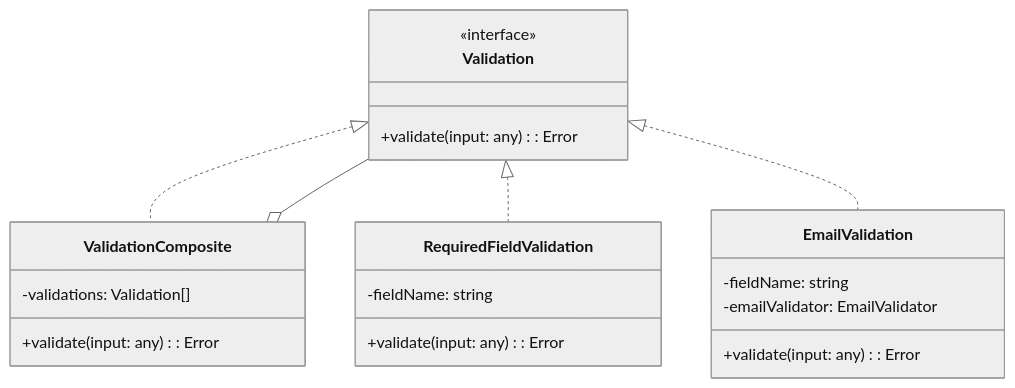
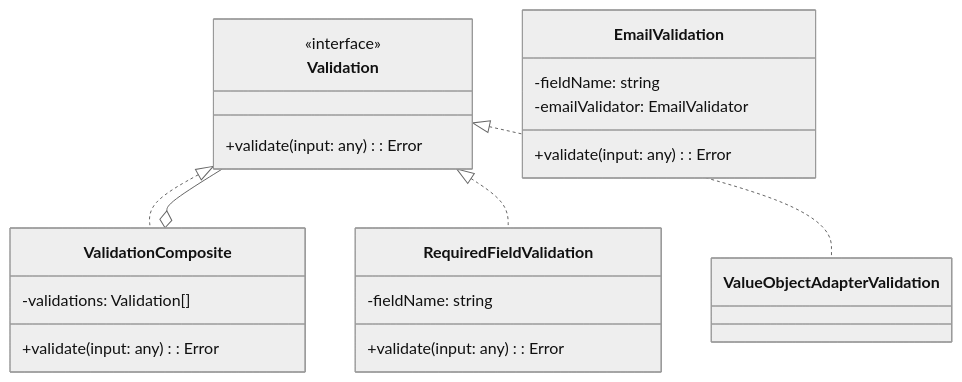
Before and after one commit to leoCardosoDev/biblioteca_falero_fullstack: the diagram in docs/adr/004_validation_strategy.md, drawn with Mermaid (neutral theme). The commit also changed other lines of this file and 28 other files, not shown here.

````diff
--- a/docs/adr/004_validation_strategy.md
+++ b/docs/adr/004_validation_strategy.md
@@ -36,25 +36,25 @@
 ```mermaid
 classDiagram
     class Validation {
         <<interface>>
         +validate(input: any): Error
     }
     class ValidationComposite {
         -validations: Validation[]
         +validate(input: any): Error
     }
     class RequiredFieldValidation {
         -fieldName: string
         +validate(input: any): Error
     }
     class EmailValidation {
         -fieldName: string
         -emailValidator: EmailValidator
         +validate(input: any): Error
     }
     
     Validation <|.. ValidationComposite
     Validation <|.. RequiredFieldValidation
-    Validation <|.. EmailValidation
+    Validation <|.. ValueObjectAdapterValidation
     ValidationComposite o-- Validation
 ```
````
